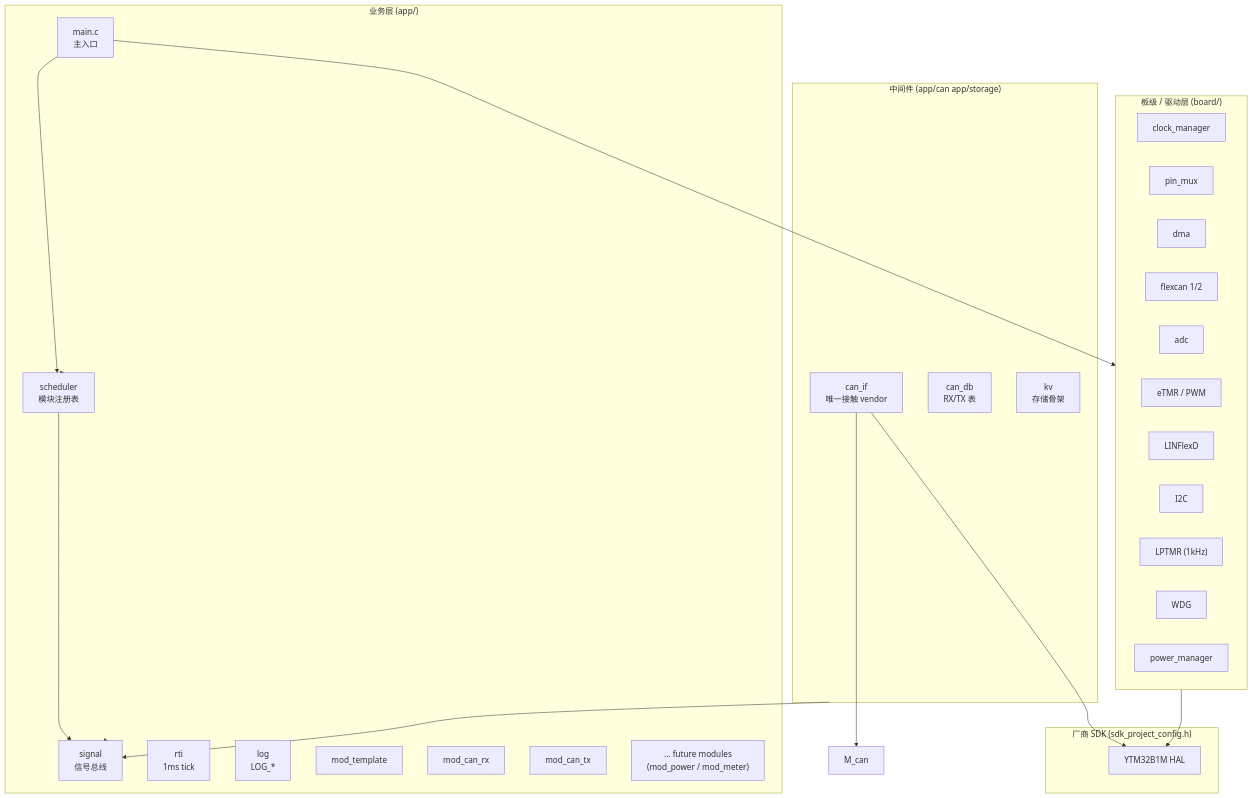
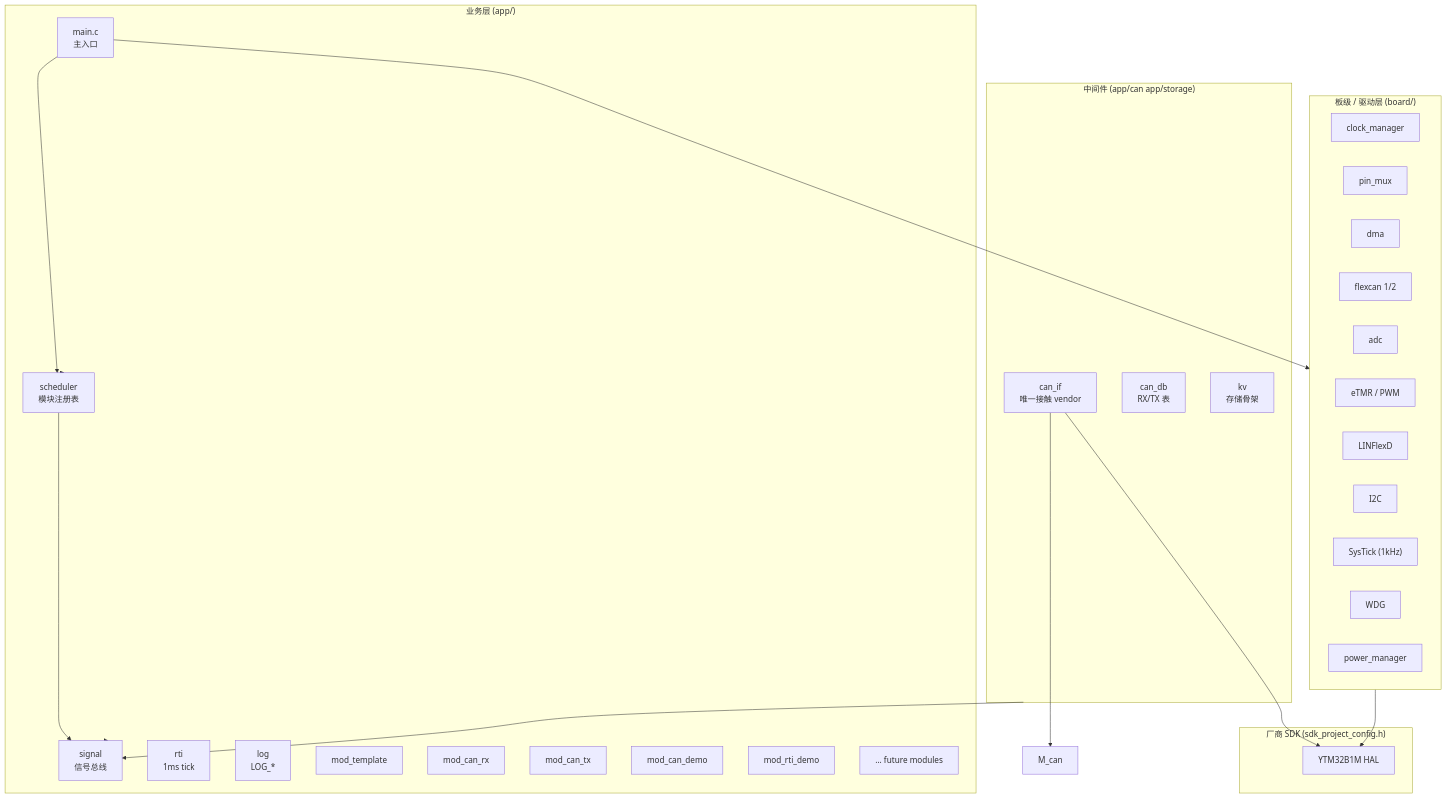
The first of 7 diagrams in docs/ARCHITECTURE_DIAGRAM.md (CC-GIT-MAX/GY-C02-B2), drawn with Mermaid before and after one commit. The commit also changed other lines of this file and 4 other files, not shown here.

First line of the commit message:
📝 docs(diagram): 清理架构图/CHANGELOG/IAR_BUILD/SDD 中不存在的旧模块与过时引用

````diff
--- a/docs/ARCHITECTURE_DIAGRAM.md
+++ b/docs/ARCHITECTURE_DIAGRAM.md
@@ -10,49 +10,51 @@
 ```mermaid
 flowchart TB
     subgraph APP["业务层 (app/)"]
         M_main["main.c<br/>主入口"]
         M_sched["scheduler<br/>模块注册表"]
         M_signal["signal<br/>信号总线"]
         M_rti["rti<br/>1ms tick"]
         M_log["log<br/>LOG_*"]
 
         M_template["mod_template"]
         M_can_rx["mod_can_rx"]
         M_can_tx["mod_can_tx"]
-        M_reserved["... future modules<br/>(mod_power / mod_meter)"]
+        M_can_demo["mod_can_demo"]
+        M_rti_demo["mod_rti_demo"]
+        M_reserved["... future modules"]
     end
 
     subgraph MW["中间件 (app/can app/storage)"]
         M_canif["can_if<br/>唯一接触 vendor"]
         M_candb["can_db<br/>RX/TX 表"]
         M_kv["kv<br/>存储骨架"]
     end
 
     subgraph BSP["板级 / 驱动层 (board/)"]
         B_clock["clock_manager"]
         B_pin["pin_mux"]
         B_dma["dma"]
         B_can["flexcan 1/2"]
         B_adc["adc"]
         B_etmr["eTMR / PWM"]
         B_lpuart["LINFlexD"]
         B_i2c["I2C"]
-        B_lptmr["LPTMR (1kHz)"]
+        B_systick["SysTick (1kHz)"]
         B_wdg["WDG"]
         B_pwr["power_manager"]
     end
 
     subgraph SDK["厂商 SDK (sdk_project_config.h)"]
         SDK_core["YTM32B1M HAL"]
     end
 
     M_main --> BSP
     M_main --> M_sched
     M_sched --> APP
     M_sched --> M_signal
     APP --> M_signal
     MW --> M_signal
     M_canif --> M_can
     M_canif --> SDK_core
     BSP --> SDK_core
 ```
````
